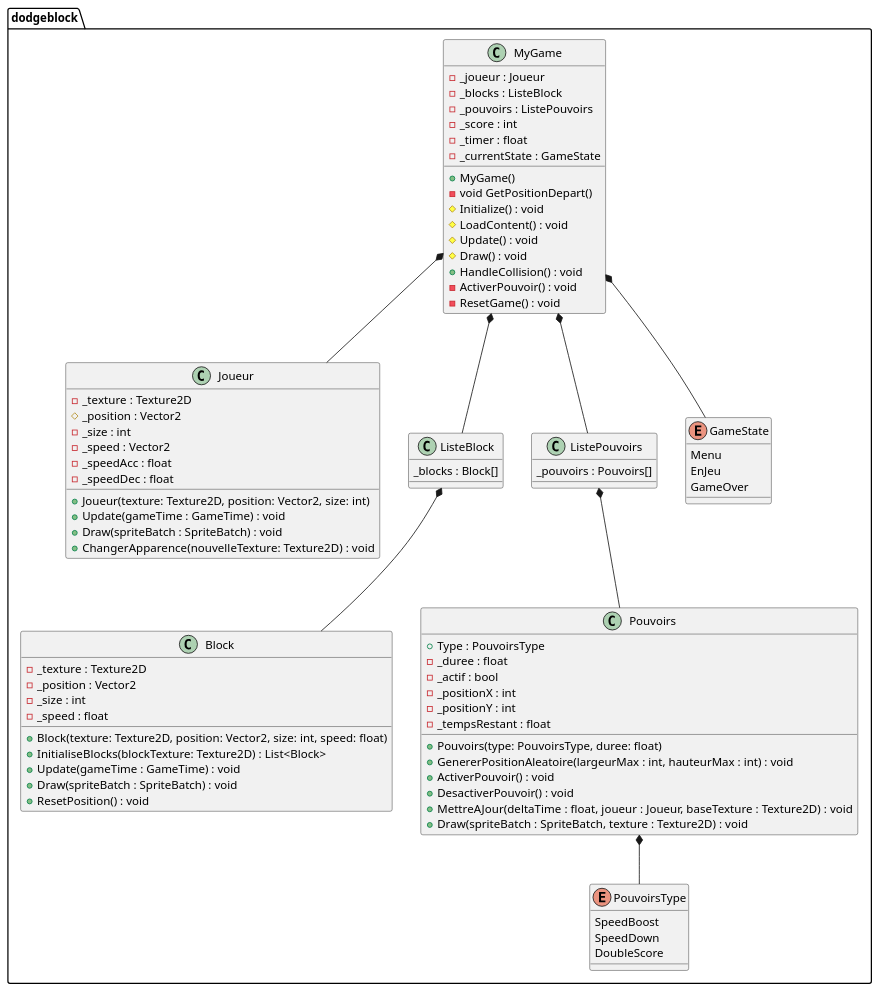
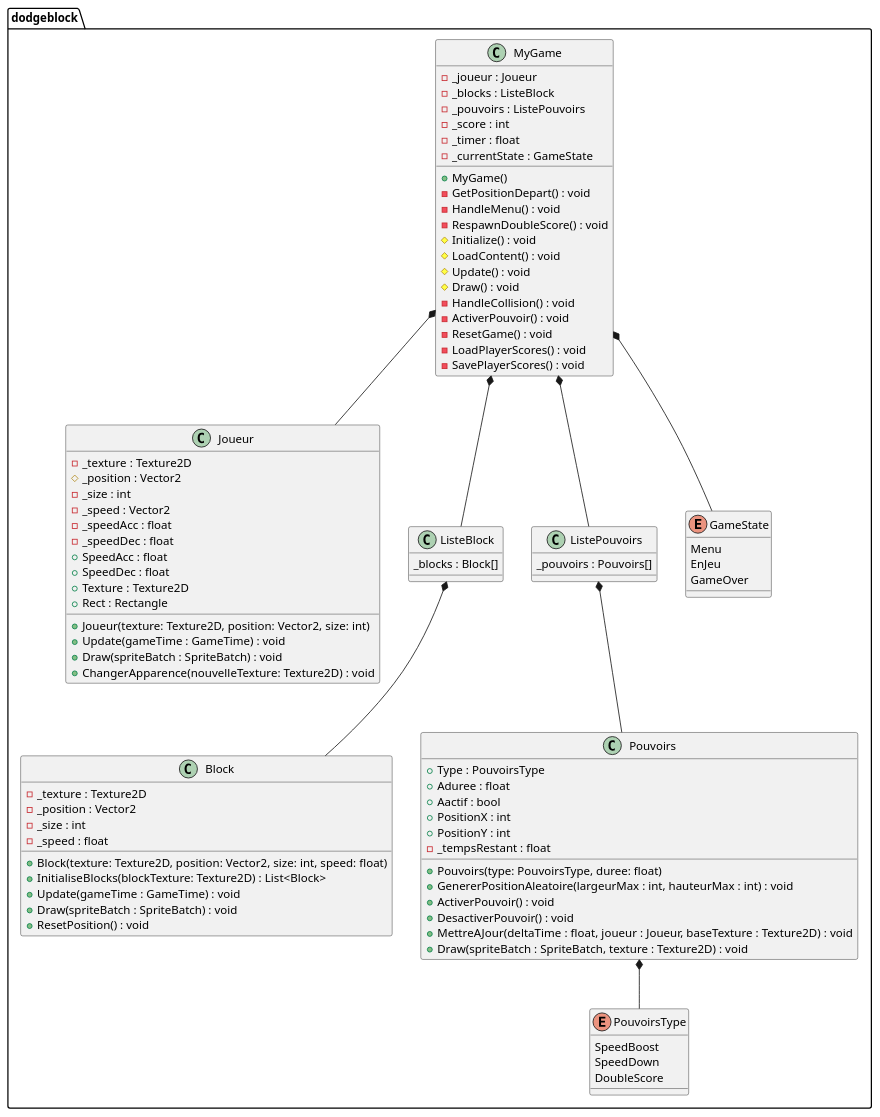
The diagram in data/plantUML/diagramme_classe.md (AlexisThach/DodgeBlock), drawn with PlantUML before and after one commit. The commit also changed 3 other files, not shown here.

```diff
--- a/data/plantUML/diagramme_classe.md
+++ b/data/plantUML/diagramme_classe.md
@@ -9,14 +9,18 @@
     -_timer : float
     -_currentState : GameState
     +MyGame()
-    -void GetPositionDepart()
+    -GetPositionDepart() : void
+    -HandleMenu() : void
+    -RespawnDoubleScore() : void
     #Initialize() : void
     #LoadContent() : void
     #Update() : void
     #Draw() : void
-    +HandleCollision() : void
+    -HandleCollision() : void
     -ActiverPouvoir() : void
     -ResetGame() : void
+    -LoadPlayerScores() : void
+    -SavePlayerScores() : void
     }
     
     class Joueur {
@@ -27,6 +31,10 @@
     -_speedAcc : float
     -_speedDec : float
     +Joueur(texture: Texture2D, position: Vector2, size: int)
+    +SpeedAcc : float
+    +SpeedDec : float
+    +Texture : Texture2D
+    +Rect : Rectangle
     +Update(gameTime : GameTime) : void
     +Draw(spriteBatch : SpriteBatch) : void
     +ChangerApparence(nouvelleTexture: Texture2D) : void
@@ -54,10 +62,10 @@
     
     class Pouvoirs {
     +Type : PouvoirsType
-    -_duree : float
-    -_actif : bool
-    -_positionX : int
-    -_positionY : int
+    +Aduree : float
+    +Aactif : bool
+    +PositionX : int
+    +PositionY : int
     -_tempsRestant : float
     +Pouvoirs(type: PouvoirsType, duree: float)
     +GenererPositionAleatoire(largeurMax : int, hauteurMax : int) : void
```
